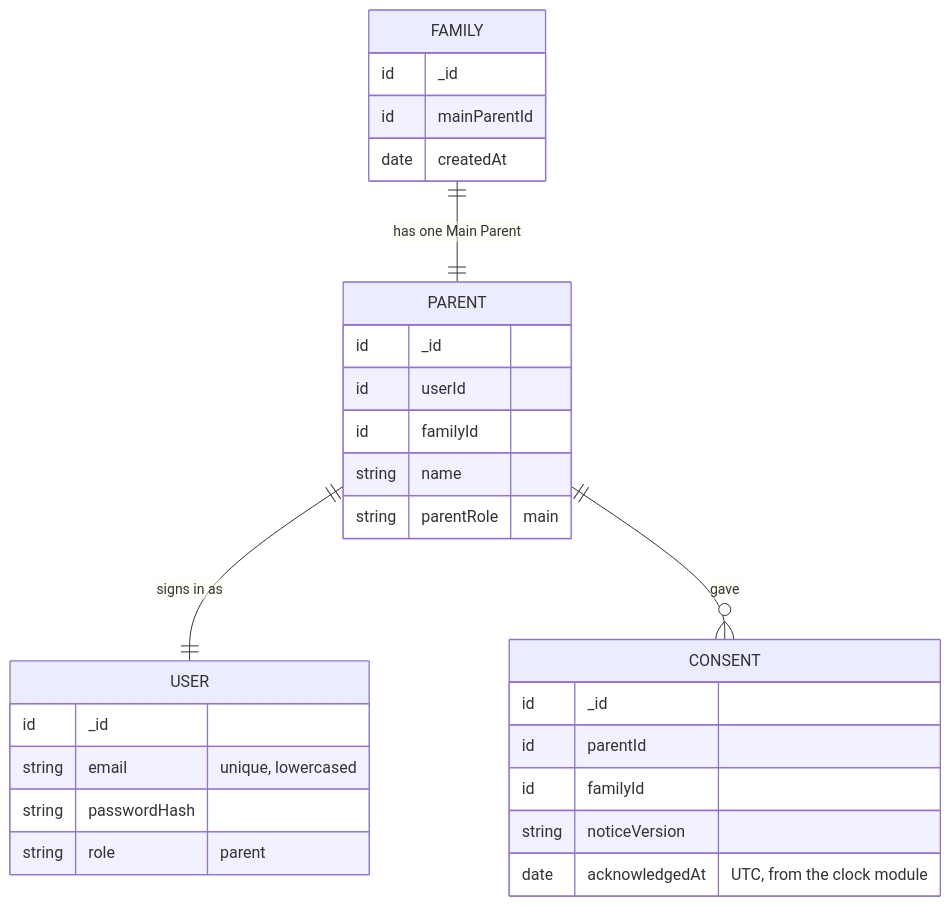
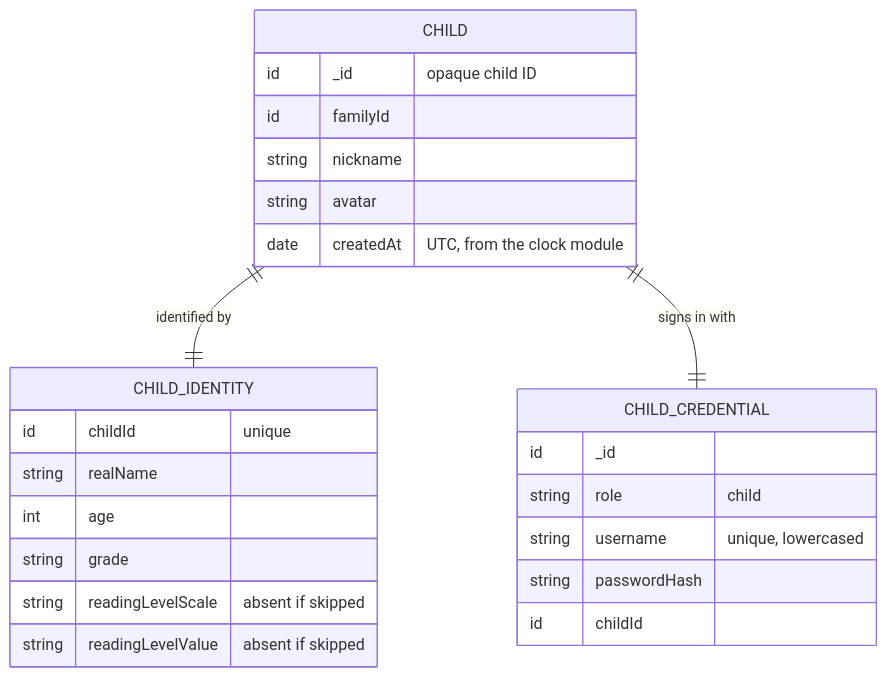
Before and after one commit to videogames21/book_buddies: the third of 3 diagrams in design/par.md, drawn with Mermaid. The commit also changed other lines of this file and 1 other file, not shown here.

````diff
--- a/design/par.md
+++ b/design/par.md
@@ -218,31 +209,27 @@
 ```mermaid
 erDiagram
-    FAMILY ||--|| PARENT : "has one Main Parent"
-    PARENT ||--|| USER : "signs in as"
-    PARENT ||--o{ CONSENT : "gave"
-    FAMILY {
+    CHILD ||--|| CHILD_IDENTITY : "identified by"
+    CHILD ||--|| CHILD_CREDENTIAL : "signs in with"
+    CHILD {
+        id _id "opaque child ID"
+        id familyId
+        string nickname
+        string avatar
+        date createdAt "UTC, from the clock module"
+    }
+    CHILD_IDENTITY {
+        id childId "unique"
+        string realName
+        int age
+        string grade
+        string readingLevelScale "absent if skipped"
+        string readingLevelValue "absent if skipped"
+    }
+    CHILD_CREDENTIAL {
         id _id
-        id mainParentId
-        date createdAt
-    }
-    USER {
-        id _id
-        string email "unique, lowercased"
+        string role "child"
+        string username "unique, lowercased"
         string passwordHash
-        string role "parent"
-    }
-    PARENT {
-        id _id
-        id userId
-        id familyId
-        string name
-        string parentRole "main"
-    }
-    CONSENT {
-        id _id
-        id parentId
-        id familyId
-        string noticeVersion
-        date acknowledgedAt "UTC, from the clock module"
+        id childId
     }
 ```
````
